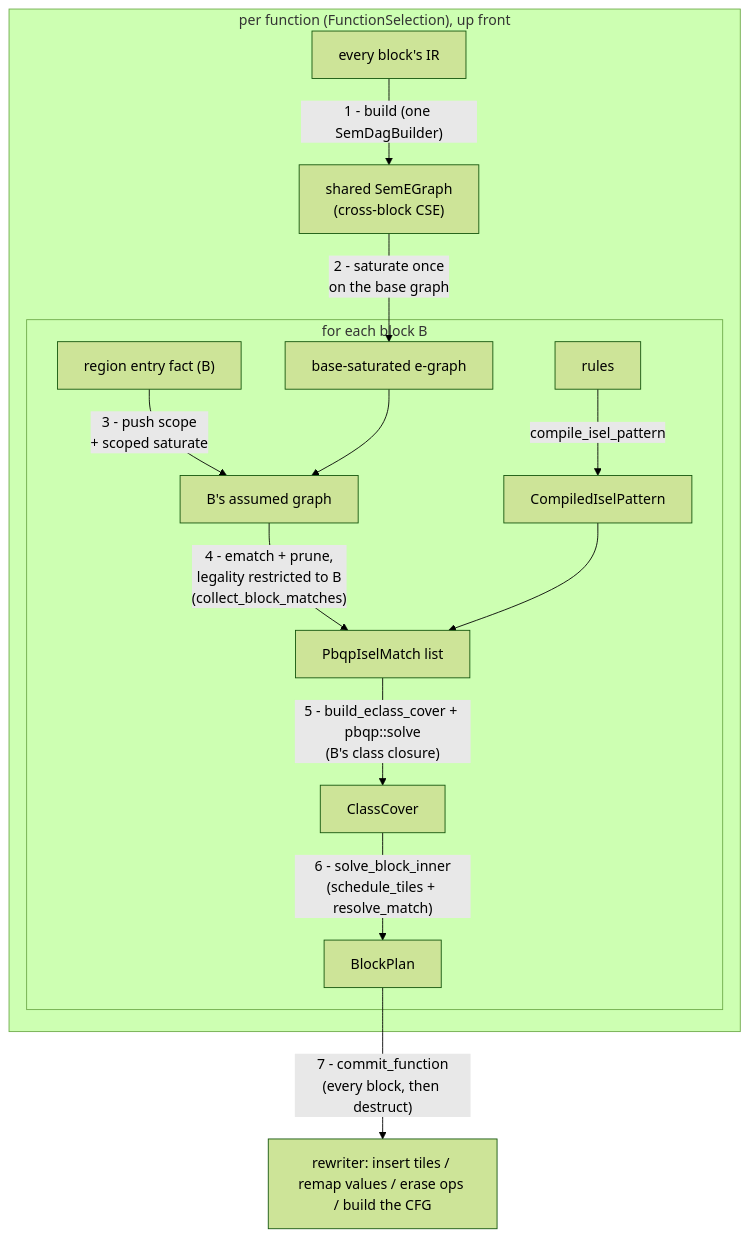
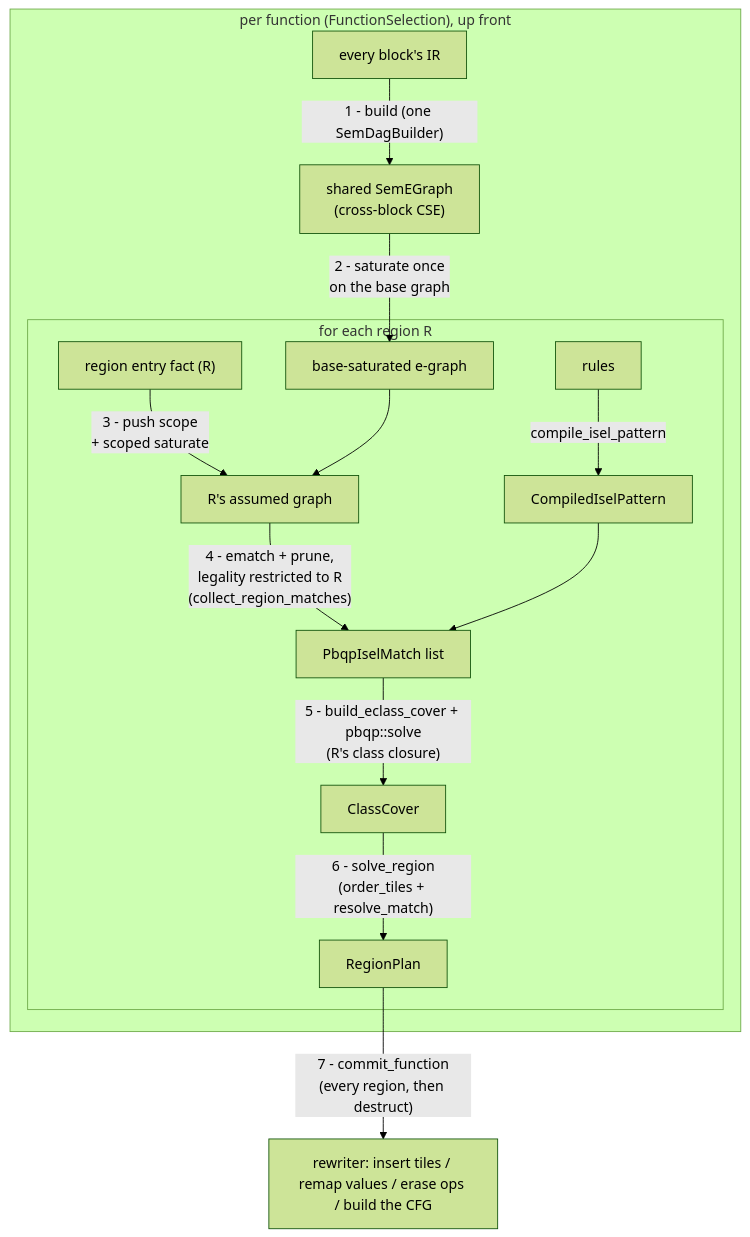
Before and after one commit to alexbatashev/tir: the diagram in docs/design/instruction_selection.md, drawn with Mermaid (forest theme). The commit also changed other lines of this file and 191 other files, not shown here.

````diff
--- a/docs/design/instruction_selection.md
+++ b/docs/design/instruction_selection.md
@@ -39,17 +38,17 @@
 ```mermaid
 flowchart TB
     subgraph per_function["per function (FunctionSelection), up front"]
         ir["every block's IR"] -->|"1 - build (one SemDagBuilder)"| eg["shared SemEGraph\n(cross-block CSE)"]
         eg -->|"2 - saturate once\non the base graph"| sat["base-saturated e-graph"]
-        subgraph per_block["for each block B"]
-            facts["region entry fact (B)"] -->|"3 - push scope\n+ scoped saturate"| scoped["B's assumed graph"]
+        subgraph per_region["for each region R"]
+            facts["region entry fact (R)"] -->|"3 - push scope\n+ scoped saturate"| scoped["R's assumed graph"]
             sat --> scoped
             rules["rules"] -->|compile_isel_pattern| pats["CompiledIselPattern"]
-            scoped -->|"4 - ematch + prune,\nlegality restricted to B\n(collect_block_matches)"| matches["PbqpIselMatch list"]
+            scoped -->|"4 - ematch + prune,\nlegality restricted to R\n(collect_region_matches)"| matches["PbqpIselMatch list"]
             pats --> matches
-            matches -->|"5 - build_eclass_cover + pbqp::solve\n(B's class closure)"| cover["ClassCover"]
-            cover -->|"6 - solve_block_inner\n(schedule_tiles + resolve_match)"| plan["BlockPlan"]
+            matches -->|"5 - build_eclass_cover + pbqp::solve\n(R's class closure)"| cover["ClassCover"]
+            cover -->|"6 - solve_region\n(order_tiles + resolve_match)"| plan["RegionPlan"]
         end
     end
-    plan -->|"7 - commit_function\n(every block, then destruct)"| out["rewriter: insert tiles / remap values / erase ops / build the CFG"]
+    plan -->|"7 - commit_function\n(every region, then destruct)"| out["rewriter: insert tiles / remap values / erase ops / build the CFG"]
 ```
````
